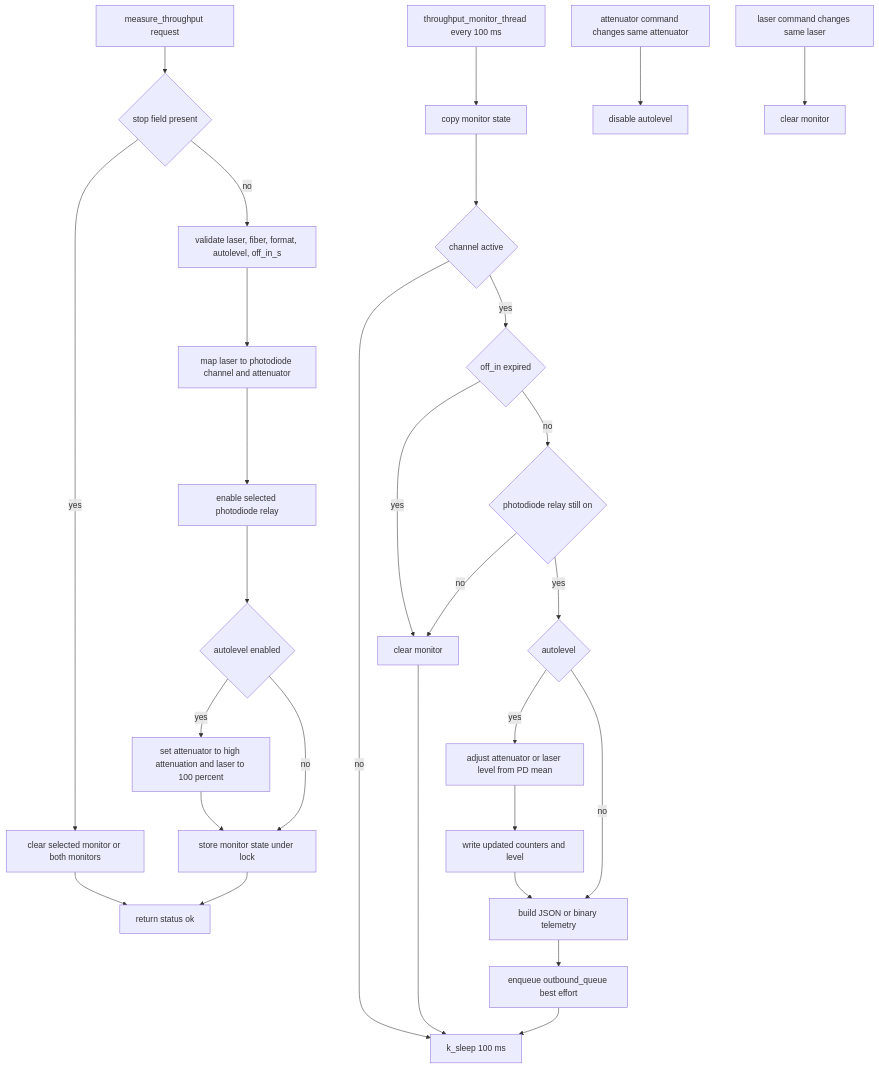
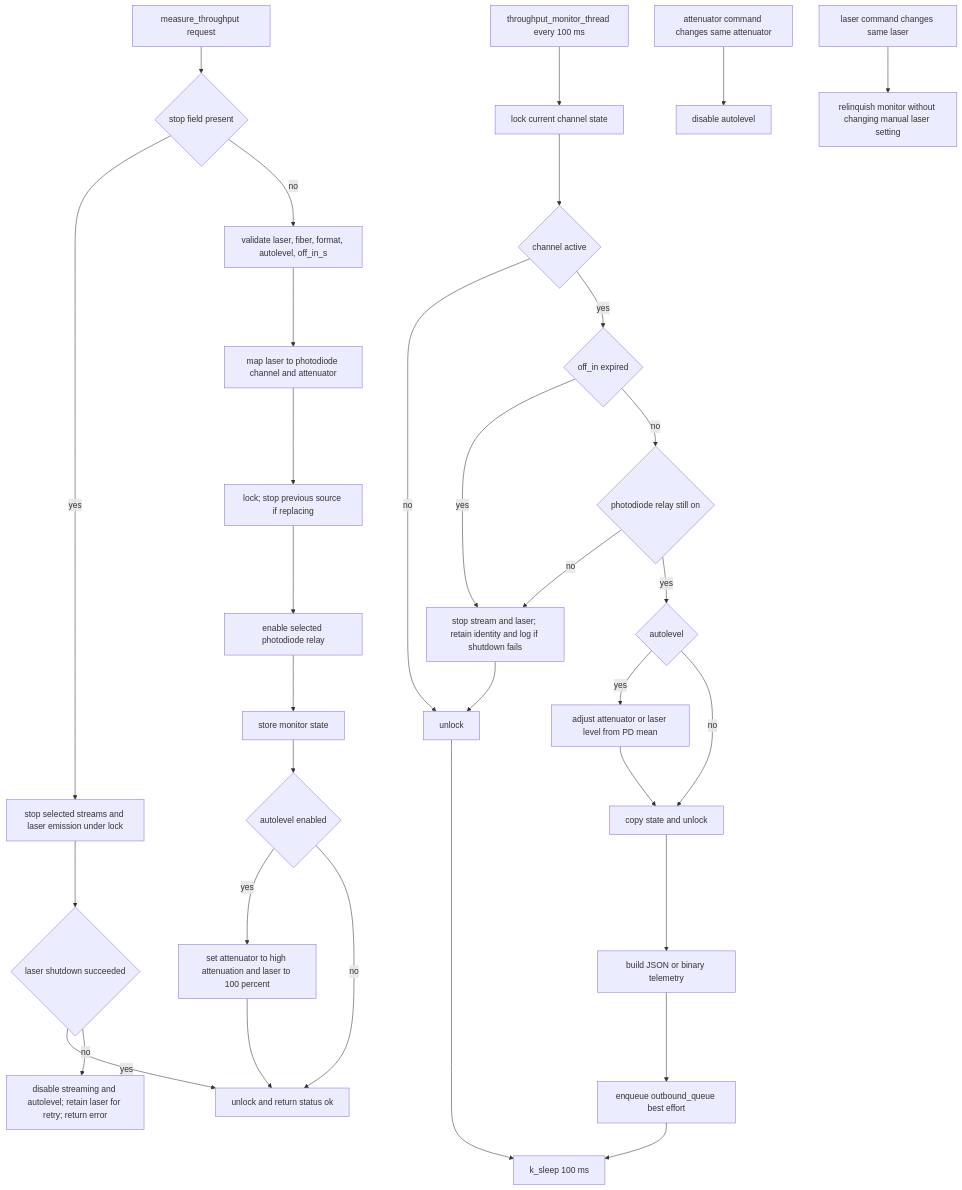
Before and after one commit to COO-Utilities/hispec-tib: diagram 11 of 22 in doc/diagrams.md, drawn with Mermaid. The commit also changed 10 other files, not shown here.

Commit message:
Add throughput lab dashboard and selected-laser shutdown

````diff
--- a/doc/diagrams.md
+++ b/doc/diagrams.md
@@ -235,33 +235,37 @@
 ```mermaid
 flowchart TD
   Command[measure_throughput request] --> Stop{stop field present}
-  Stop -- yes --> StopReq[clear selected monitor or both monitors]
+  Stop -- yes --> StopReq[stop selected streams and laser emission under lock]
   Stop -- no --> Validate[validate laser, fiber, format, autolevel, off_in_s]
   Validate --> Map[map laser to photodiode channel and attenuator]
-  Map --> PdPower[enable selected photodiode relay]
-  PdPower --> AutoStart{autolevel enabled}
+  Map --> StartLock[lock; stop previous source if replacing]
+  StartLock --> PdPower[enable selected photodiode relay]
+  PdPower --> Arm[store monitor state]
+  Arm --> AutoStart{autolevel enabled}
   AutoStart -- yes --> Seed[set attenuator to high attenuation and laser to 100 percent]
-  AutoStart -- no --> Arm[store monitor state under lock]
-  Seed --> Arm
-  Arm --> Ok[return status ok]
-  StopReq --> Ok
+  AutoStart -- no --> Ok[unlock and return status ok]
+  Seed --> Ok
+  StopReq --> Stopped{laser shutdown succeeded}
+  Stopped -- yes --> Ok
+  Stopped -- no --> StopError[disable streaming and autolevel; retain laser for retry; return error]
 
-  Thread[throughput_monitor_thread every 100 ms] --> Snapshot[copy monitor state]
-  Snapshot --> Active{channel active}
-  Active -- no --> Sleep[k_sleep 100 ms]
+  Thread[throughput_monitor_thread every 100 ms] --> Lock[lock current channel state]
+  Lock --> Active{channel active}
+  Active -- no --> Unlock[unlock]
   Active -- yes --> Timeout{off_in expired}
-  Timeout -- yes --> Clear[clear monitor]
+  Timeout -- yes --> Clear[stop stream and laser; retain identity and log if shutdown fails]
   Timeout -- no --> PdOn{photodiode relay still on}
   PdOn -- no --> Clear
   PdOn -- yes --> Auto{autolevel}
   Auto -- yes --> Adjust[adjust attenuator or laser level from PD mean]
-  Auto -- no --> Publish
-  Adjust --> Sync[write updated counters and level]
+  Auto -- no --> Sync
+  Adjust --> Sync[copy state and unlock]
   Sync --> Publish[build JSON or binary telemetry]
   Publish --> OutQ[enqueue outbound_queue best effort]
-  OutQ --> Sleep
-  Clear --> Sleep
+  OutQ --> Sleep[k_sleep 100 ms]
+  Clear --> Unlock
+  Unlock --> Sleep
 
   AttenChange[attenuator command changes same attenuator] --> DisableAuto[disable autolevel]
-  LaserChange[laser command changes same laser] --> StopMonitor[clear monitor]
+  LaserChange[laser command changes same laser] --> StopMonitor[relinquish monitor without changing manual laser setting]
 ```
````
